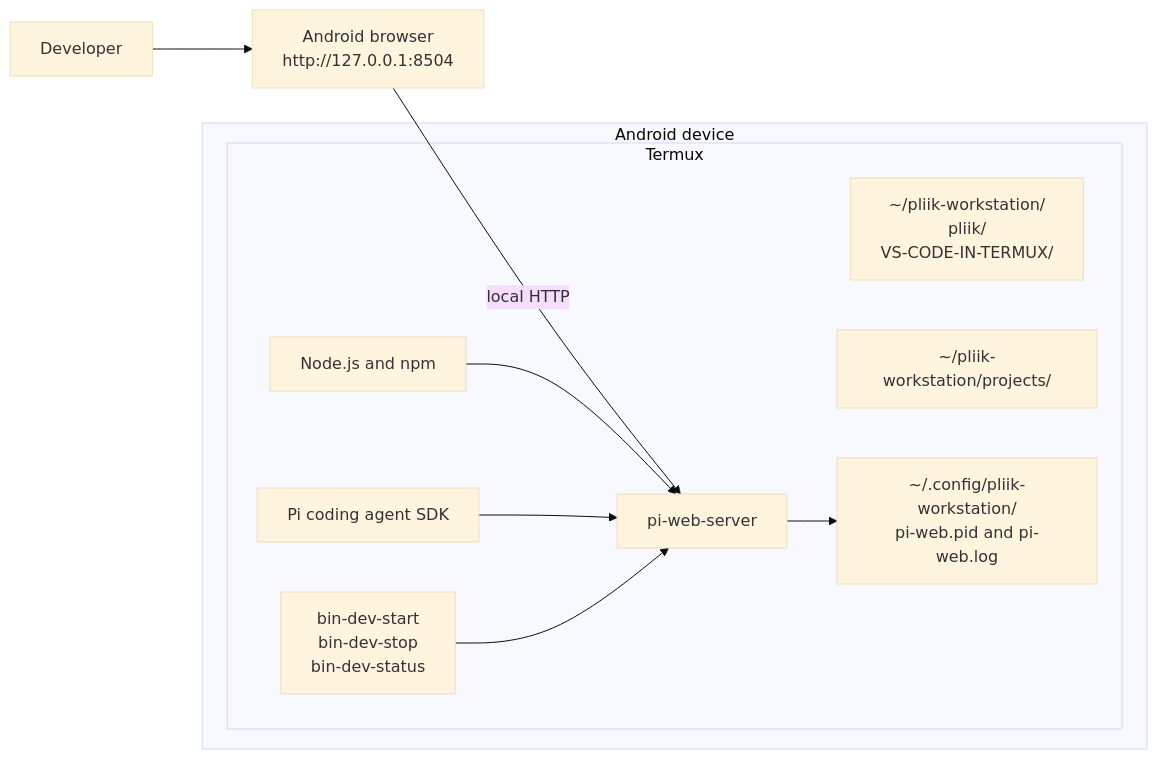
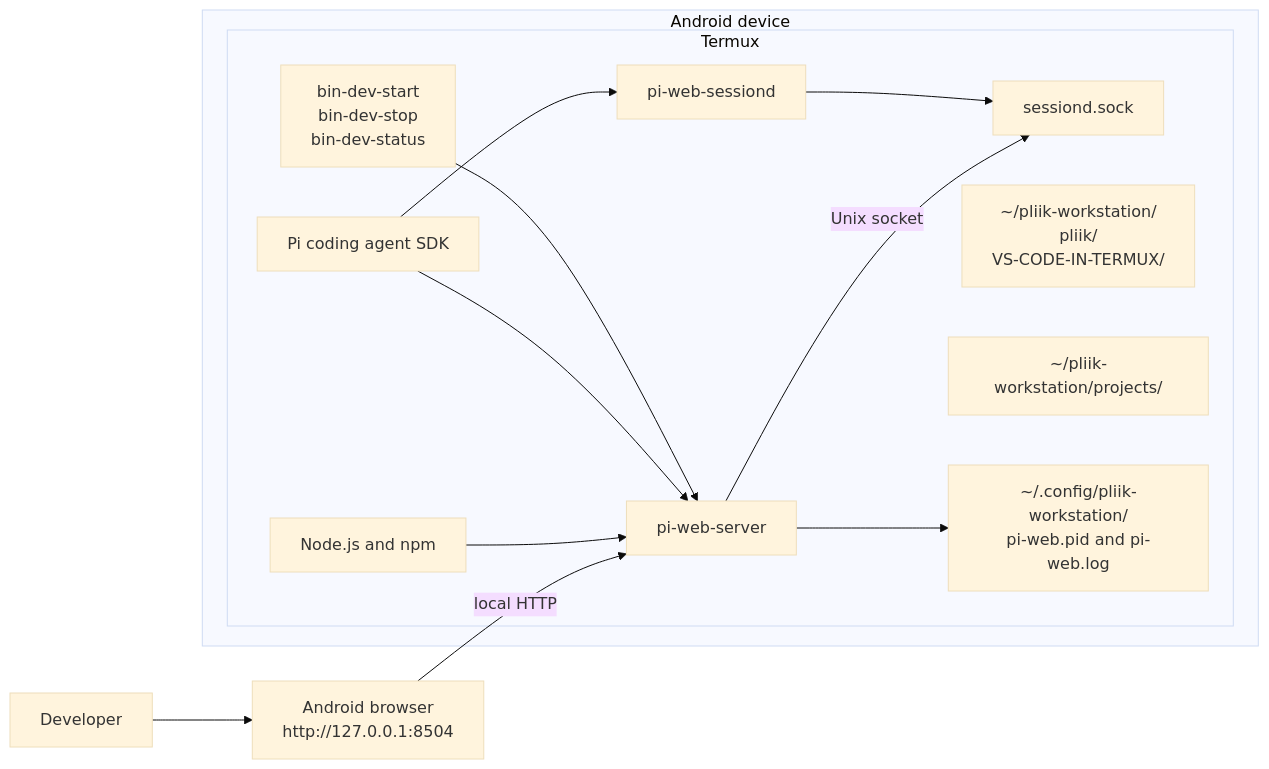
The first of 2 diagrams in ARCHITECTURE.md (mutualendemic/pliik), drawn with Mermaid (base theme) before and after one commit. The commit also changed other lines of this file and 2 other files, not shown here.

Commit message:
Start pi-web session daemon on Termux

````diff
--- a/ARCHITECTURE.md
+++ b/ARCHITECTURE.md
@@ -7,22 +7,27 @@
 ```mermaid
 flowchart LR
     User[Developer] --> Browser[Android browser\nhttp://127.0.0.1:8504]
     Browser -->|local HTTP| Server[pi-web-server]
+    Server -->|Unix socket| Socket[sessiond.sock]
 
     subgraph Android[Android device]
         subgraph Termux[Termux]
             Server
+            SessionDaemon[pi-web-sessiond]
+            Socket
             Runtime[Node.js and npm]
             SDK[Pi coding agent SDK]
             Repos["~/pliik-workstation/\npliik/\nVS-CODE-IN-TERMUX/"]
             Projects["~/pliik-workstation/projects/"]
             Helpers["bin-dev-start\nbin-dev-stop\nbin-dev-status"]
             Config["~/.config/pliik-workstation/\npi-web.pid and pi-web.log"]
         end
     end
 
     Runtime --> Server
+    SessionDaemon --> Socket
     SDK --> Server
+    SDK --> SessionDaemon
     Helpers --> Server
     Server --> Config
 ```
````
